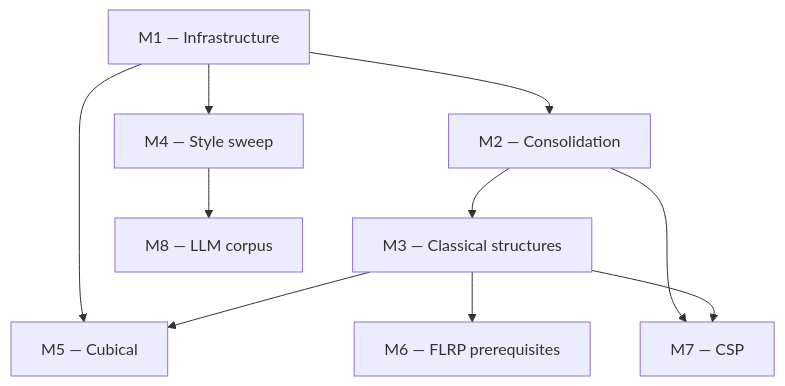
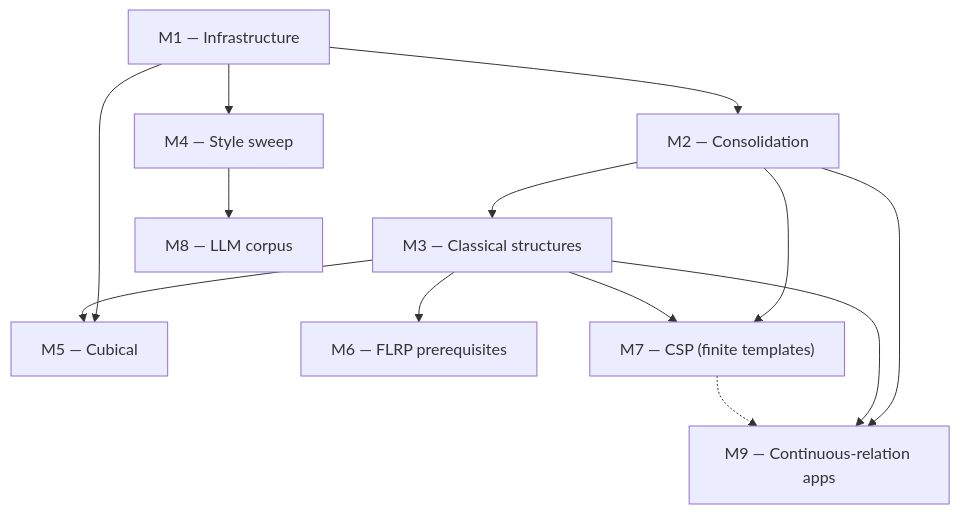
The first of 7 diagrams in doc/GITHUB_PROJECT.md (ualib/agda-algebras), drawn with Mermaid before and after one commit. The commit also changed other lines of this file, not shown here.

````diff
--- a/doc/GITHUB_PROJECT.md
+++ b/doc/GITHUB_PROJECT.md
@@ -187,21 +119,25 @@
 ```mermaid
 graph TD
   M1["M1 — Infrastructure"]
   M2["M2 — Consolidation"]
   M3["M3 — Classical structures"]
   M4["M4 — Style sweep"]
   M5["M5 — Cubical"]
   M6["M6 — FLRP prerequisites"]
-  M7["M7 — CSP"]
+  M7["M7 — CSP (finite templates)"]
   M8["M8 — LLM corpus"]
+  M9["M9 — Continuous-relation apps"]
 
   M1 --> M2
   M1 --> M4
   M1 --> M5
   M2 --> M3
   M2 --> M7
+  M2 --> M9
   M3 --> M5
   M3 --> M6
   M3 --> M7
+  M3 --> M9
   M4 --> M8
+  M7 -.-> M9
 ```
````
